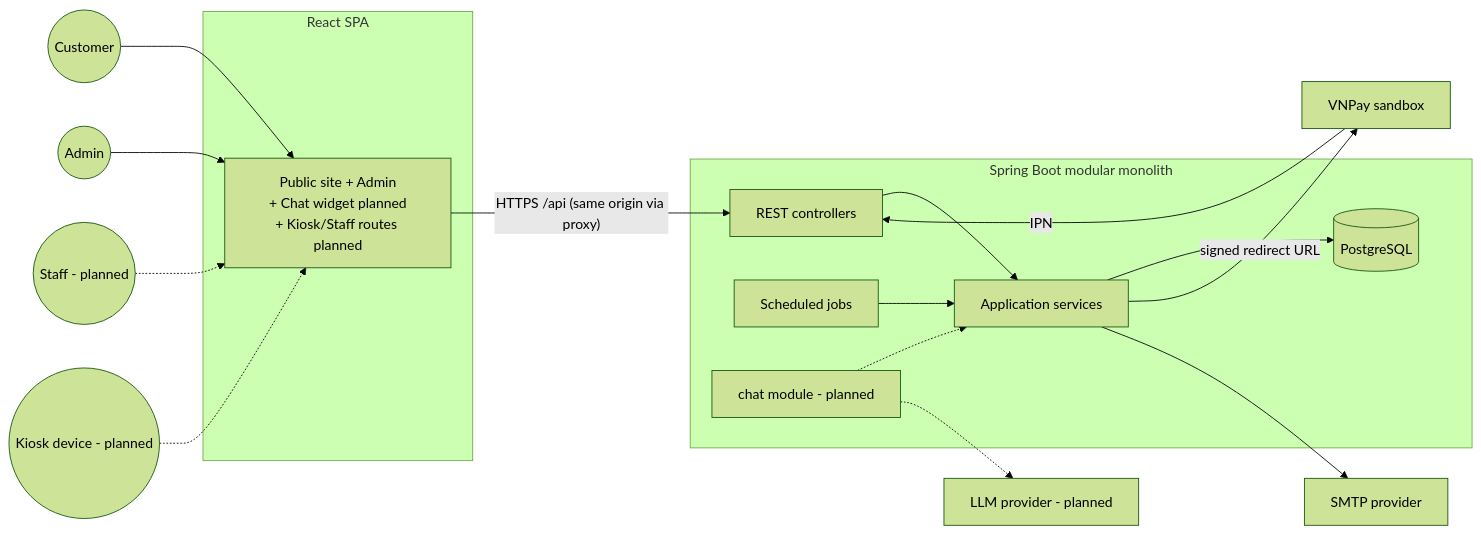
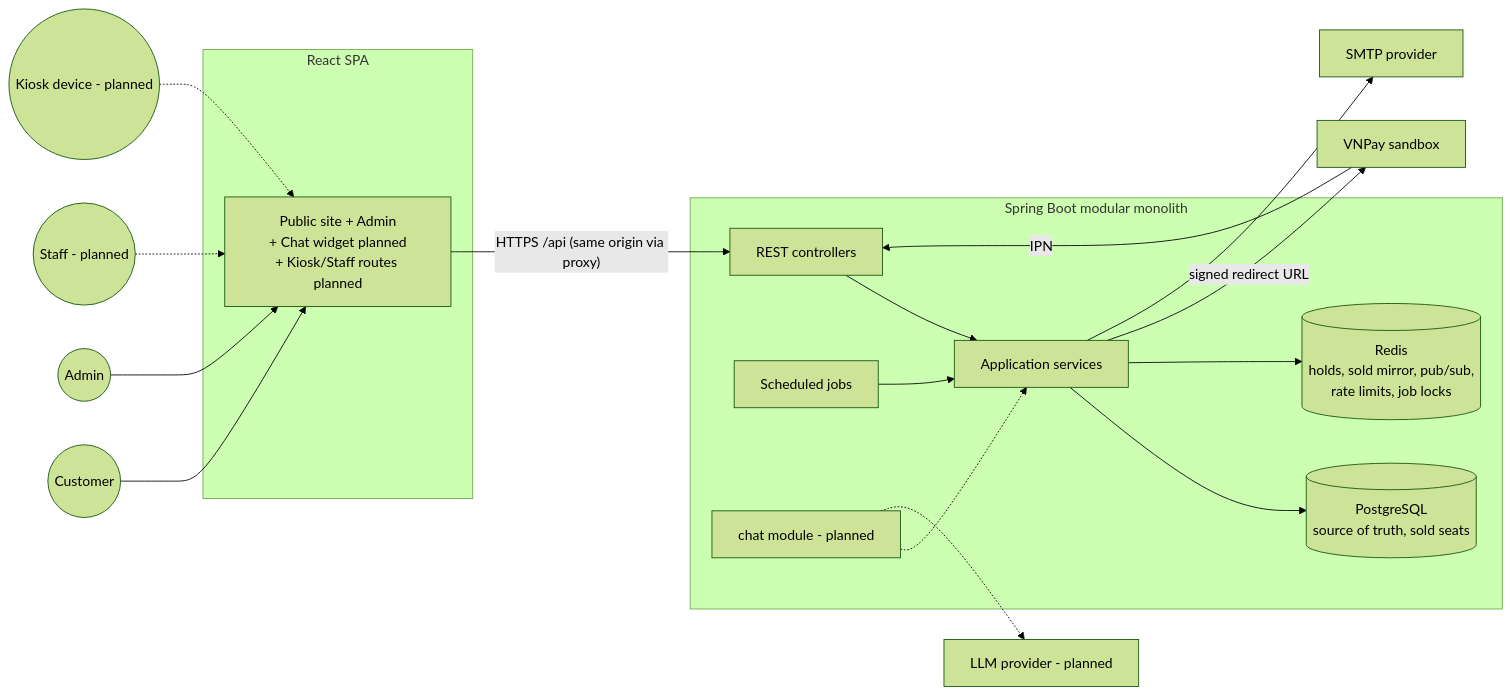
One commit to pnn-re1506/cinebot---Cinema-Booking-with-Chatbot changed the first of 8 diagrams in docs/ARCHITECTURE.md. Above: the diagram before and after it, drawn with Mermaid (forest theme). The commit also changed other lines of this file and 12 other files, not shown here.

Commit message:
docs: switch seat holds to Redis, confirm v1 decisions, add agent execution plan and cursor rules

````diff
--- a/docs/ARCHITECTURE.md
+++ b/docs/ARCHITECTURE.md
@@ -42,25 +44,26 @@
 ```mermaid
 flowchart LR
     Customer((Customer)) --> SPA
     Admin((Admin)) --> SPA
     Staff((Staff - planned)) -.-> SPA
     KioskDev((Kiosk device - planned)) -.-> SPA
 
     subgraph Frontend [React SPA]
         SPA[Public site + Admin<br/>+ Chat widget planned<br/>+ Kiosk/Staff routes planned]
     end
 
     SPA -- "HTTPS /api (same origin via proxy)" --> API
 
     subgraph Backend [Spring Boot modular monolith]
         API[REST controllers] --> SVC[Application services]
-        SVC --> DB[(PostgreSQL)]
+        SVC --> DB[(PostgreSQL<br/>source of truth, sold seats)]
+        SVC --> RD[(Redis<br/>holds, sold mirror, pub/sub,<br/>rate limits, job locks)]
         JOBS[Scheduled jobs] --> SVC
         CHAT[chat module - planned] -.-> SVC
     end
 
     SVC -- "signed redirect URL" --> VNP[VNPay sandbox]
     VNP -- "IPN" --> API
     SVC --> SMTP[SMTP provider]
     CHAT -.-> LLM[LLM provider - planned]
 ```
````
